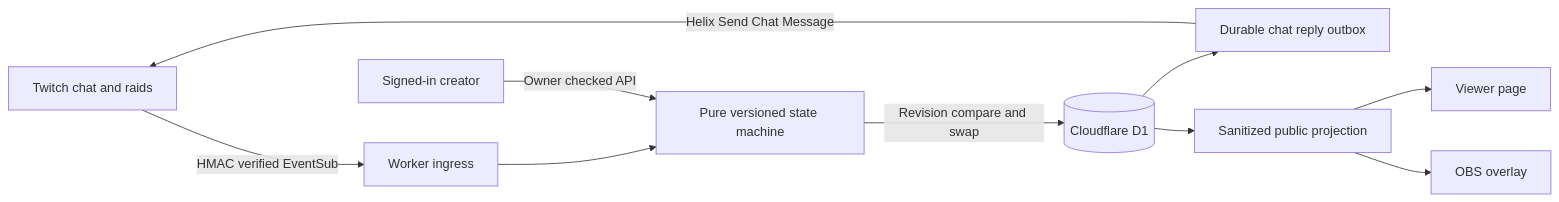
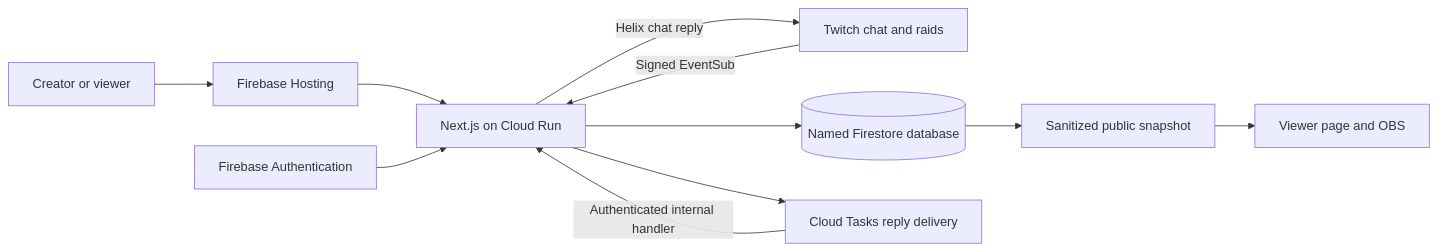
One commit to shi1720/rallypoint-live changed the diagram in README.md. Above: the diagram before and after it, drawn with Mermaid. The commit also changed other lines of this file and 105 other files, not shown here.

Commit message:
Ship native Firebase release with verified auth and durable Twitch pipeline

````diff
--- a/README.md
+++ b/README.md
@@ -89,12 +43,13 @@
 ```mermaid
 flowchart LR
-  T[Twitch chat and raids] -->|HMAC verified EventSub| W[Worker ingress]
-  W --> E[Pure versioned state machine]
-  S[Signed-in creator] -->|Owner checked API| E
-  E -->|Revision compare and swap| D[(Cloudflare D1)]
-  D --> O[Durable chat reply outbox]
-  O -->|Helix Send Chat Message| T
-  D --> P[Sanitized public projection]
-  P --> V[Viewer page]
-  P --> B[OBS overlay]
+  V[Creator or viewer] --> H[Firebase Hosting]
+  H --> N[Next.js on Cloud Run]
+  A[Firebase Authentication] --> N
+  T[Twitch chat and raids] -->|Signed EventSub| N
+  N --> F[(Named Firestore database)]
+  F --> P[Sanitized public snapshot]
+  P --> W[Viewer page and OBS]
+  N --> Q[Cloud Tasks reply delivery]
+  Q -->|Authenticated internal handler| N
+  N -->|Helix chat reply| T
 ```
````
